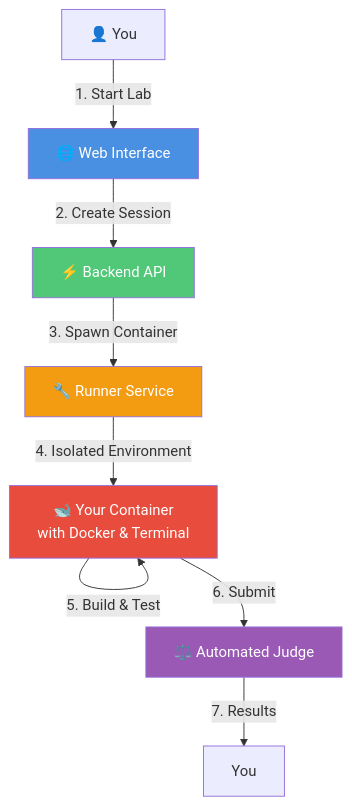
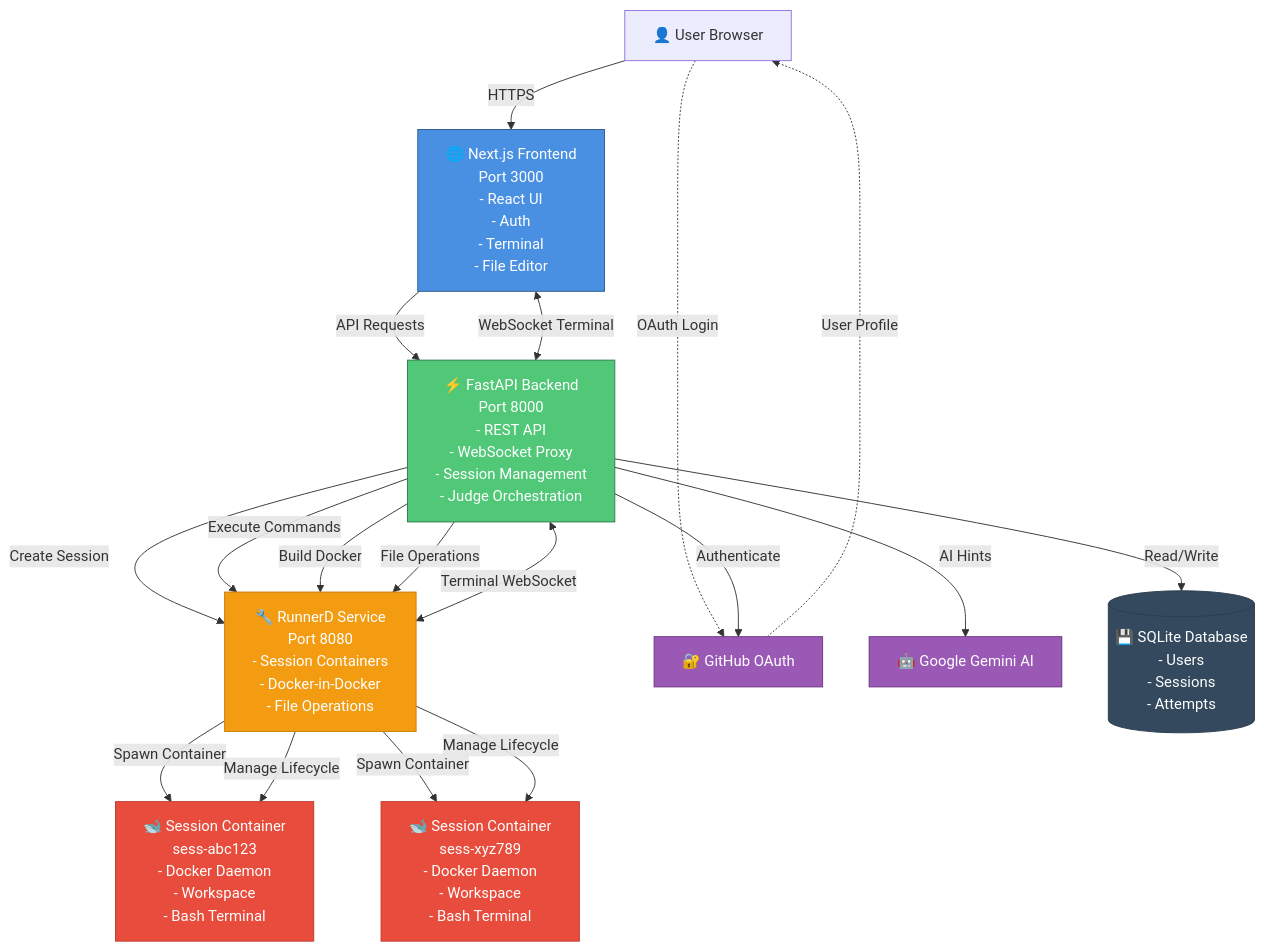
One commit to sanjayb-28/ContainrLab changed the diagram in README.md. Above: the diagram before and after it, drawn with Mermaid. The commit also changed other lines of this file, not shown here.

Commit message:
docs: replace simple diagram with comprehensive system architecture in README
- Show full system architecture with all components
- Include external services (GitHub OAuth, Gemini AI)
- Display database and session containers
- Add color-coded component types with proper styling

````diff
--- a/README.md
+++ b/README.md
@@ -69,16 +69,53 @@
 ```mermaid
 graph TB
-    User[👤 You] -->|1. Start Lab| Web[🌐 Web Interface]
-    Web -->|2. Create Session| API[⚡ Backend API]
-    API -->|3. Spawn Container| Runner[🔧 Runner Service]
-    Runner -->|4. Isolated Environment| Session[🐋 Your Container<br/>with Docker & Terminal]
-    Session -->|5. Build & Test| Session
-    Session -->|6. Submit| Judge[⚖️ Automated Judge]
-    Judge -->|7. Results| You
+    User[👤 User Browser]
     
-    style Web fill:#4a90e2,color:#fff
-    style API fill:#50c878,color:#fff
-    style Runner fill:#f39c12,color:#fff
-    style Session fill:#e74c3c,color:#fff
-    style Judge fill:#9b59b6,color:#fff
+    Web[🌐 Next.js Frontend<br/>Port 3000<br/>- React UI<br/>- Auth<br/>- Terminal<br/>- File Editor]
+    
+    API[⚡ FastAPI Backend<br/>Port 8000<br/>- REST API<br/>- WebSocket Proxy<br/>- Session Management<br/>- Judge Orchestration]
+    
+    RunnerD[🔧 RunnerD Service<br/>Port 8080<br/>- Session Containers<br/>- Docker-in-Docker<br/>- File Operations]
+    
+    Session1[🐋 Session Container<br/>sess-abc123<br/>- Docker Daemon<br/>- Workspace<br/>- Bash Terminal]
+    Session2[🐋 Session Container<br/>sess-xyz789<br/>- Docker Daemon<br/>- Workspace<br/>- Bash Terminal]
+    
+    GitHub[🔐 GitHub OAuth]
+    Gemini[🤖 Google Gemini AI]
+    DB[(💾 SQLite Database<br/>- Users<br/>- Sessions<br/>- Attempts)]
+    
+    User -->|HTTPS| Web
+    User -.->|OAuth Login| GitHub
+    GitHub -.->|User Profile| User
+    
+    Web -->|API Requests| API
+    Web <-->|WebSocket Terminal| API
+    
+    API -->|Authenticate| GitHub
+    API -->|AI Hints| Gemini
+    API -->|Read/Write| DB
+    
+    API -->|Create Session| RunnerD
+    API -->|Execute Commands| RunnerD
+    API -->|Build Docker| RunnerD
+    API -->|File Operations| RunnerD
+    API <-->|Terminal WebSocket| RunnerD
+    
+    RunnerD -->|Spawn Container| Session1
+    RunnerD -->|Spawn Container| Session2
+    RunnerD -->|Manage Lifecycle| Session1
+    RunnerD -->|Manage Lifecycle| Session2
+    
+    classDef frontend fill:#4a90e2,stroke:#2d5a8c,color:#fff
+    classDef backend fill:#50c878,stroke:#2d7a4a,color:#fff
+    classDef runner fill:#f39c12,stroke:#c87f0a,color:#fff
+    classDef session fill:#e74c3c,stroke:#c0392b,color:#fff
+    classDef external fill:#9b59b6,stroke:#6c3483,color:#fff
+    classDef storage fill:#34495e,stroke:#2c3e50,color:#fff
+    
+    class Web frontend
+    class API backend
+    class RunnerD runner
+    class Session1,Session2 session
+    class GitHub,Gemini external
+    class DB storage
 ```
````
